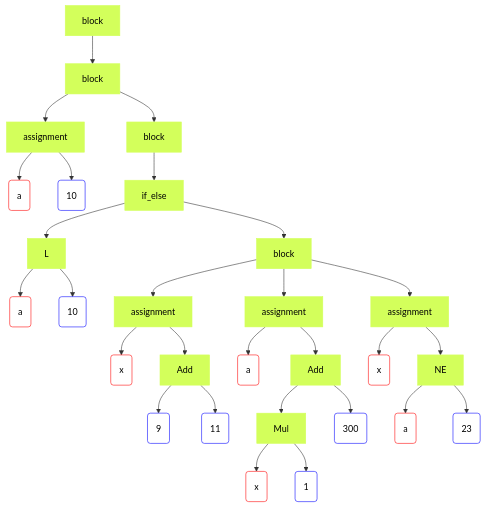
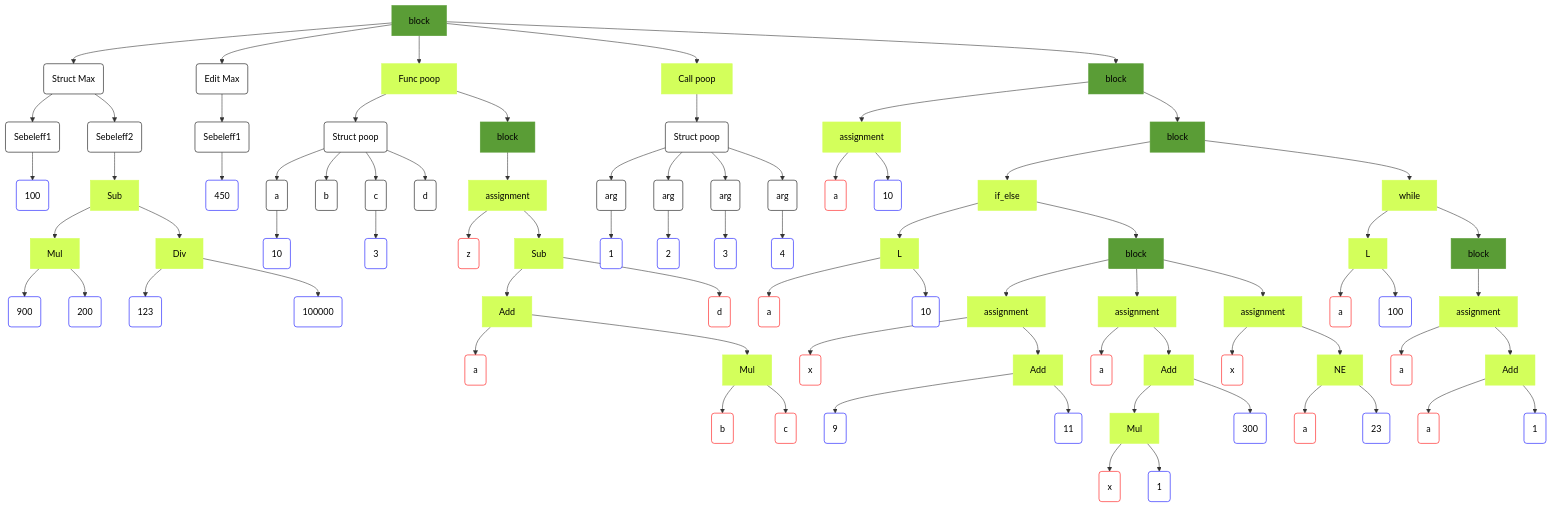
The diagram in README.md (Matvey787/Language), drawn with Mermaid before and after one commit. The commit also changed other lines of this file and 15 other files, not shown here.

````diff
--- a/README.md
+++ b/README.md
@@ -8,63 +47,173 @@
 classDef Lit_std__string_ fill:#ffffff, stroke:#ff0000, color:#000000;
 classDef BinOp fill:#d3ff5b, stroke:#d3ff5b, color:#000000;
 classDef Assign fill:#d3ff5b, stroke:#d3ff5b, color:#000000;
-classDef Block fill:#d3ff5b, stroke:#d3ff5b, color:#000000;
+classDef Block fill:#5a9d36, stroke:#5a9d36, color:#000000;
 classDef IfElse fill:#d3ff5b, stroke:#d3ff5b, color:#000000;
+classDef While fill:#d3ff5b, stroke:#d3ff5b, color:#000000;
+classDef default fill:#FFFFFF, stroke:#000000, color:#000000;
+classDef default fill:#FFFFFF, stroke:#000000, color:#000000;
+classDef default fill:#FFFFFF, stroke:#000000, color:#000000;
+classDef Func fill:#d3ff5b, stroke:#d3ff5b, color:#000000;
+classDef default fill:#FFFFFF, stroke:#000000, color:#000000;
 
 %% AST tree
 1[block]:::Block
-2[block]:::Block
-4(a):::Lit_std__string_
-5(10):::Lit_int_
-3[assignment]:::Assign
+2(Struct Max):::default
+3(Sebeleff1):::default
+4(100):::Lit_int_
 3 --> 4
-3 --> 5
 2 --> 3
-6[block]:::Block
-9(a):::Lit_std__string_
-10(10):::Lit_int_
-8[L]:::BinOp
-8 --> 9
-8 --> 10
-11[block]:::Block
-13(x):::Lit_std__string_
-15(9):::Lit_int_
-16(11):::Lit_int_
-14[Add]:::BinOp
+5(Sebeleff2):::default
+8(900):::Lit_int_
+9(200):::Lit_int_
+7[Mul]:::BinOp
+7 --> 8
+7 --> 9
+11(123):::Lit_int_
+12(100000):::Lit_int_
+10[Div]:::BinOp
+10 --> 11
+10 --> 12
+6[Sub]:::BinOp
+6 --> 7
+6 --> 10
+5 --> 6
+2 --> 5
+1 --> 2
+13(Edit Max):::default
+14(Sebeleff1):::default
+15(450):::Lit_int_
 14 --> 15
-14 --> 16
-12[assignment]:::Assign
-12 --> 13
-12 --> 14
-11 --> 12
-18(a):::Lit_std__string_
-21(x):::Lit_std__string_
-22(1):::Lit_int_
-20[Mul]:::BinOp
-20 --> 21
-20 --> 22
-23(300):::Lit_int_
-19[Add]:::BinOp
-19 --> 20
-19 --> 23
-17[assignment]:::Assign
+13 --> 14
+1 --> 13
+16[Func poop]:::Func
+17(Struct poop):::default
+18(a):::default
+19(10):::Lit_int_
+18 --> 19
 17 --> 18
-17 --> 19
-11 --> 17
-25(x):::Lit_std__string_
-27(a):::Lit_std__string_
-28(23):::Lit_int_
-26[NE]:::BinOp
-26 --> 27
-26 --> 28
-24[assignment]:::Assign
+20(b):::default
+17 --> 20
+21(c):::default
+22(3):::Lit_int_
+21 --> 22
+17 --> 21
+23(d):::default
+17 --> 23
+16 --> 17
+24[block]:::Block
+26(z):::Lit_std__string_
+29(a):::Lit_std__string_
+31(b):::Lit_std__string_
+32(c):::Lit_std__string_
+30[Mul]:::BinOp
+30 --> 31
+30 --> 32
+28[Add]:::BinOp
+28 --> 29
+28 --> 30
+33(d):::Lit_std__string_
+27[Sub]:::BinOp
+27 --> 28
+27 --> 33
+25[assignment]:::Assign
+25 --> 26
+25 --> 27
 24 --> 25
-24 --> 26
-11 --> 24
-7[if_else]:::IfElse
-7 --> 8
-7 --> 11
-6 --> 7
-2 --> 6
-1 --> 2
+16 --> 24
+1 --> 16
+34[Call poop]:::Func
+35(Struct poop):::default
+36(arg):::default
+37(1):::Lit_int_
+36 --> 37
+35 --> 36
+38(arg):::default
+39(2):::Lit_int_
+38 --> 39
+35 --> 38
+40(arg):::default
+41(3):::Lit_int_
+40 --> 41
+35 --> 40
+42(arg):::default
+43(4):::Lit_int_
+42 --> 43
+35 --> 42
+34 --> 35
+1 --> 34
+44[block]:::Block
+46(a):::Lit_std__string_
+47(10):::Lit_int_
+45[assignment]:::Assign
+45 --> 46
+45 --> 47
+44 --> 45
+48[block]:::Block
+51(a):::Lit_std__string_
+52(10):::Lit_int_
+50[L]:::BinOp
+50 --> 51
+50 --> 52
+53[block]:::Block
+55(x):::Lit_std__string_
+57(9):::Lit_int_
+58(11):::Lit_int_
+56[Add]:::BinOp
+56 --> 57
+56 --> 58
+54[assignment]:::Assign
+54 --> 55
+54 --> 56
+53 --> 54
+60(a):::Lit_std__string_
+63(x):::Lit_std__string_
+64(1):::Lit_int_
+62[Mul]:::BinOp
+62 --> 63
+62 --> 64
+65(300):::Lit_int_
+61[Add]:::BinOp
+61 --> 62
+61 --> 65
+59[assignment]:::Assign
+59 --> 60
+59 --> 61
+53 --> 59
+67(x):::Lit_std__string_
+69(a):::Lit_std__string_
+70(23):::Lit_int_
+68[NE]:::BinOp
+68 --> 69
+68 --> 70
+66[assignment]:::Assign
+66 --> 67
+66 --> 68
+53 --> 66
+49[if_else]:::IfElse
+49 --> 50
+49 --> 53
+48 --> 49
+73(a):::Lit_std__string_
+74(100):::Lit_int_
+72[L]:::BinOp
+72 --> 73
+72 --> 74
+75[block]:::Block
+77(a):::Lit_std__string_
+79(a):::Lit_std__string_
+80(1):::Lit_int_
+78[Add]:::BinOp
+78 --> 79
+78 --> 80
+76[assignment]:::Assign
+76 --> 77
+76 --> 78
+75 --> 76
+71[while]:::While
+71 --> 72
+71 --> 75
+48 --> 71
+44 --> 48
+1 --> 44
 ```
````
